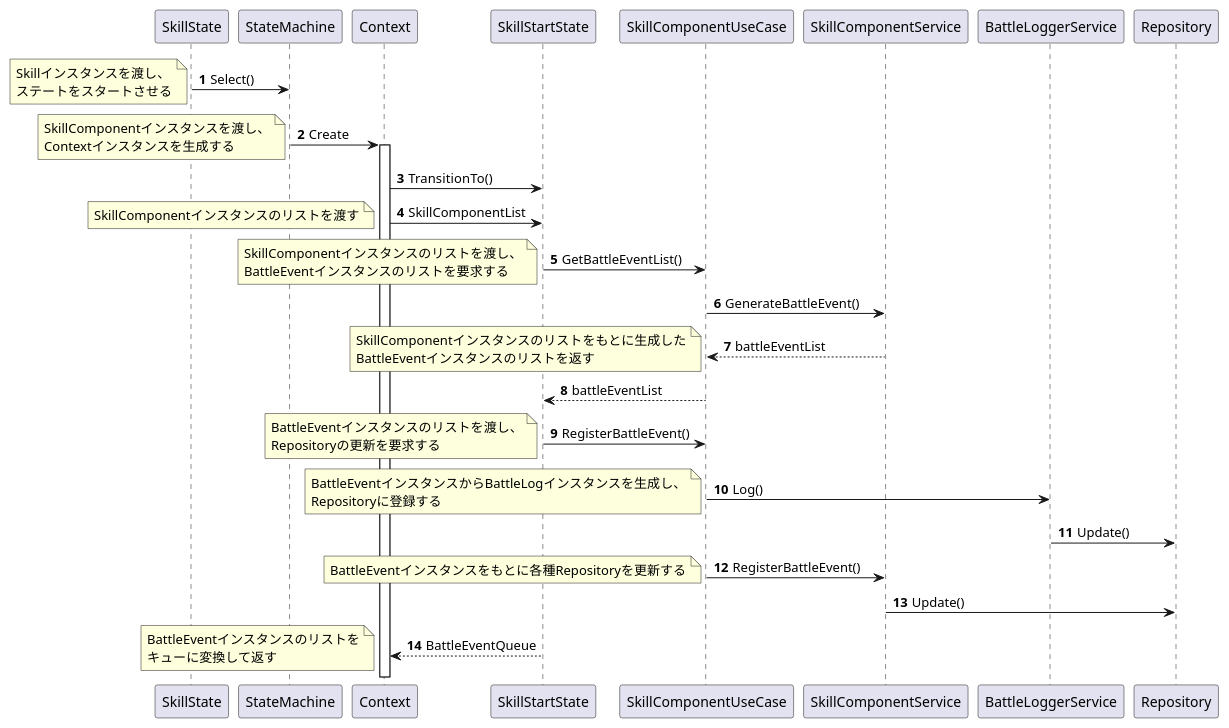
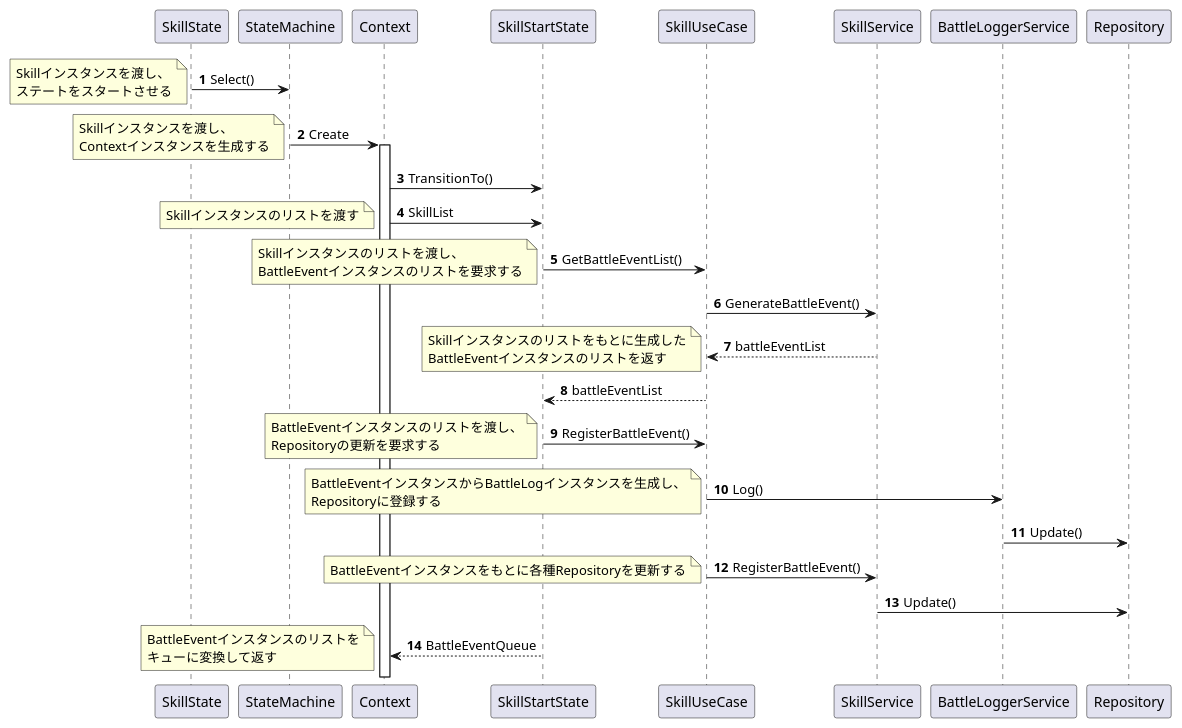
Before and after one commit to natsuhiko-maekawa/RPG: the diagram in Documents/PlantUML/SkillStateSequenceDiagram.puml, drawn with PlantUML. The commit also changed 8 other files, not shown here.

```diff
--- a/Documents/PlantUML/SkillStateSequenceDiagram.puml
+++ b/Documents/PlantUML/SkillStateSequenceDiagram.puml
@@ -1,29 +1,29 @@
 @startuml
 'https://plantuml.com/sequence-diagram
 
 autonumber
 SkillState -> StateMachine: Select()
 note left: Skillインスタンスを渡し、\nステートをスタートさせる
 StateMachine -> Context: Create
-note left: SkillComponentインスタンスを渡し、\nContextインスタンスを生成する
+note left: Skillインスタンスを渡し、\nContextインスタンスを生成する
 activate Context
 Context -> SkillStartState: TransitionTo()
-Context -> SkillStartState: SkillComponentList
-note left: SkillComponentインスタンスのリストを渡す
-SkillStartState -> SkillComponentUseCase: GetBattleEventList()
-note left: SkillComponentインスタンスのリストを渡し、\nBattleEventインスタンスのリストを要求する
-SkillComponentUseCase -> SkillComponentService: GenerateBattleEvent()
-SkillComponentService --> SkillComponentUseCase: battleEventList
-note left: SkillComponentインスタンスのリストをもとに生成した\nBattleEventインスタンスのリストを返す
-SkillComponentUseCase --> SkillStartState: battleEventList
-SkillStartState -> SkillComponentUseCase: RegisterBattleEvent()
+Context -> SkillStartState: SkillList
+note left: Skillインスタンスのリストを渡す
+SkillStartState -> SkillUseCase: GetBattleEventList()
+note left: Skillインスタンスのリストを渡し、\nBattleEventインスタンスのリストを要求する
+SkillUseCase -> SkillService: GenerateBattleEvent()
+SkillService --> SkillUseCase: battleEventList
+note left: Skillインスタンスのリストをもとに生成した\nBattleEventインスタンスのリストを返す
+SkillUseCase --> SkillStartState: battleEventList
+SkillStartState -> SkillUseCase: RegisterBattleEvent()
 note left: BattleEventインスタンスのリストを渡し、\nRepositoryの更新を要求する
-SkillComponentUseCase -> BattleLoggerService: Log()
+SkillUseCase -> BattleLoggerService: Log()
 note left: BattleEventインスタンスからBattleLogインスタンスを生成し、\nRepositoryに登録する
 BattleLoggerService -> Repository: Update()
-SkillComponentUseCase -> SkillComponentService: RegisterBattleEvent()
+SkillUseCase -> SkillService: RegisterBattleEvent()
 note left: BattleEventインスタンスをもとに各種Repositoryを更新する
-SkillComponentService -> Repository: Update()
+SkillService -> Repository: Update()
 SkillStartState --> Context: BattleEventQueue
 note left: BattleEventインスタンスのリストを\nキューに変換して返す
 @enduml
```
